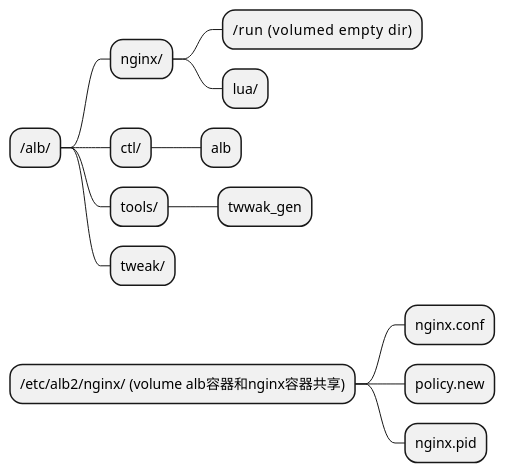
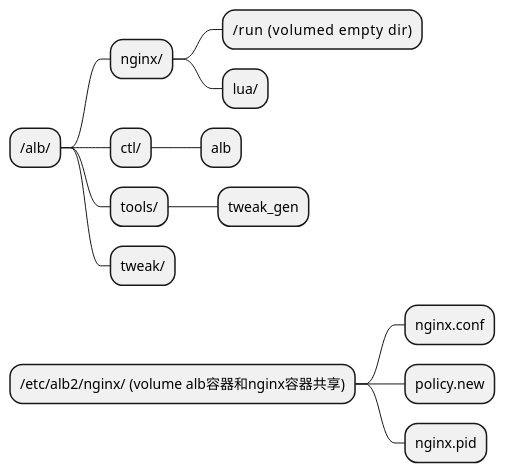
One commit to alauda/alb changed the second of 2 diagrams in docs/dev-readme.md. Above: the diagram before and after it, drawn with PlantUML. The commit also changed other lines of this file and 79 other files, not shown here.

````diff
--- a/docs/dev-readme.md
+++ b/docs/dev-readme.md
@@ -36,17 +36,17 @@
 ```plantuml
 @startmindmap
 * /alb/
 ** nginx/
 *** /run     (volumed empty dir)
 *** lua/
 ** ctl/
 *** alb
 ** tools/
-*** twwak_gen
+*** tweak_gen
 ** tweak/
 * /etc/alb2/nginx/ (volume alb容器和nginx容器共享)
 ** nginx.conf
 ** policy.new
 ** nginx.pid
 @endmindmap
 ```
````
